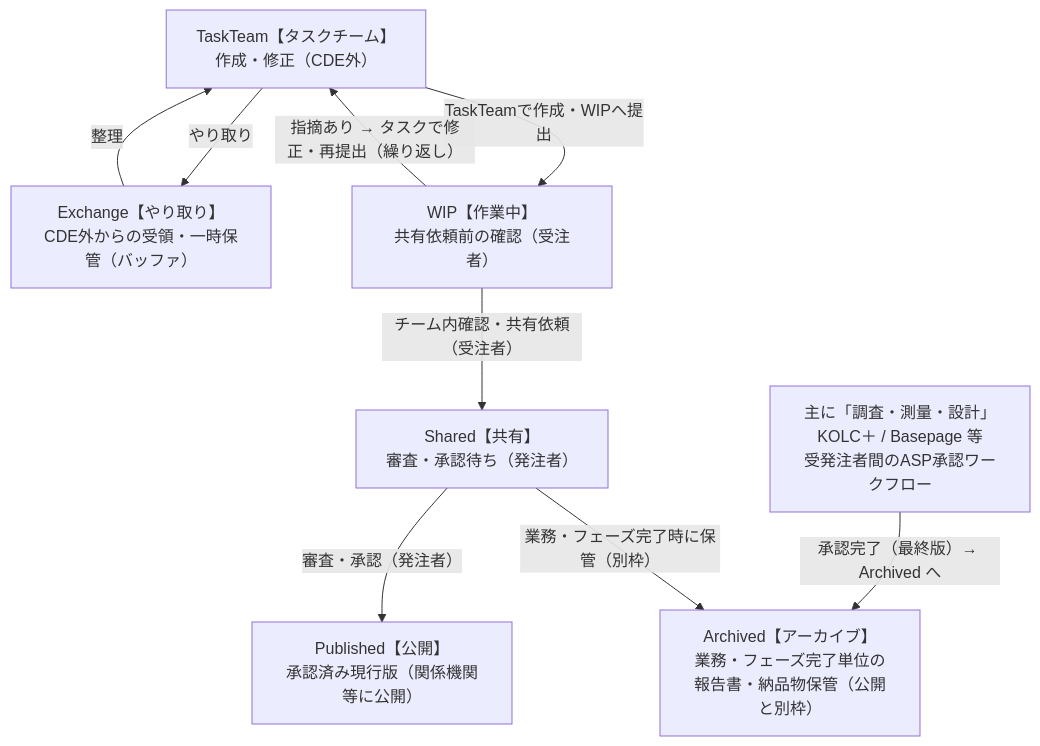
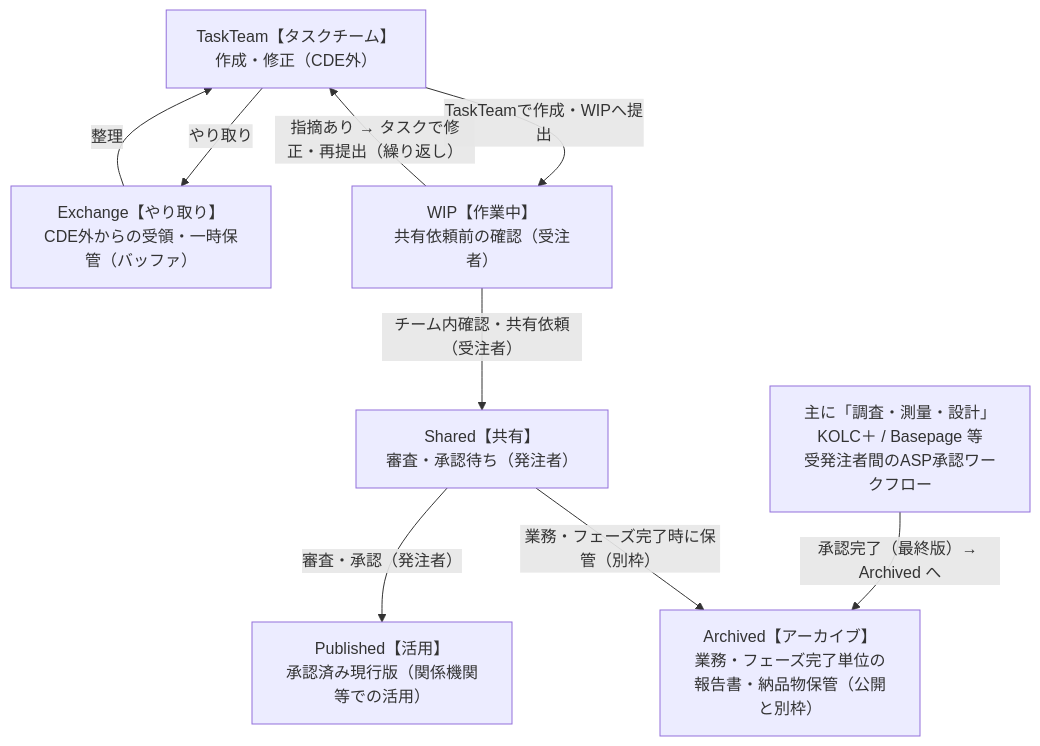
Before and after one commit to yamamoto-ryuzo/portal: the second of 3 diagrams in docs/プロジェクトCDE/index.md, drawn with Mermaid. The commit also changed other lines of this file, not shown here.

````diff
--- a/docs/プロジェクトCDE/index.md
+++ b/docs/プロジェクトCDE/index.md
@@ -872,19 +872,19 @@
 ```mermaid
 flowchart TD
     TT["TaskTeam【タスクチーム】<br/>作成・修正（CDE外）"]
     EX["Exchange【やり取り】<br/>CDE外からの受領・一時保管（バッファ）"]
     WIP["WIP【作業中】<br/>共有依頼前の確認（受注者）"]
     SH["Shared【共有】<br/>審査・承認待ち（発注者）"]
-    PB["Published【公開】<br/>承認済み現行版（関係機関等に公開）"]
+    PB["Published【活用】<br/>承認済み現行版（関係機関等での活用）"]
     AR["Archived【アーカイブ】<br/>業務・フェーズ完了単位の<br/>報告書・納品物保管（公開と別枠）"]
     ASP["主に「調査・測量・設計」<br/>KOLC＋ / Basepage 等<br/>受発注者間のASP承認ワークフロー"]
 
     TT -->|"やり取り"| EX
     TT -->|"TaskTeamで作成・WIPへ提出"| WIP
     EX -->|"整理"| TT
     WIP -->|"指摘あり → タスクで修正・再提出（繰り返し）"| TT
     WIP -->|"チーム内確認・共有依頼（受注者）"| SH
     SH -->|"審査・承認（発注者）"| PB
     ASP -->|"承認完了（最終版）→ Archived へ"| AR
     SH -->|"業務・フェーズ完了時に保管（別枠）"| AR
 ```
````
